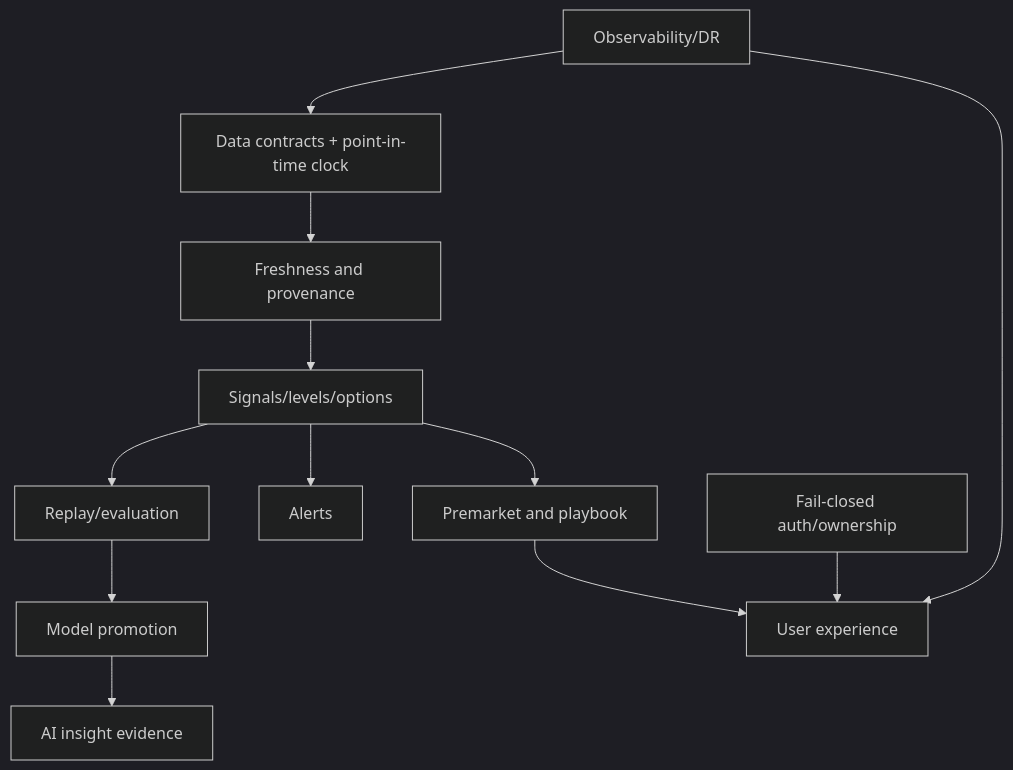
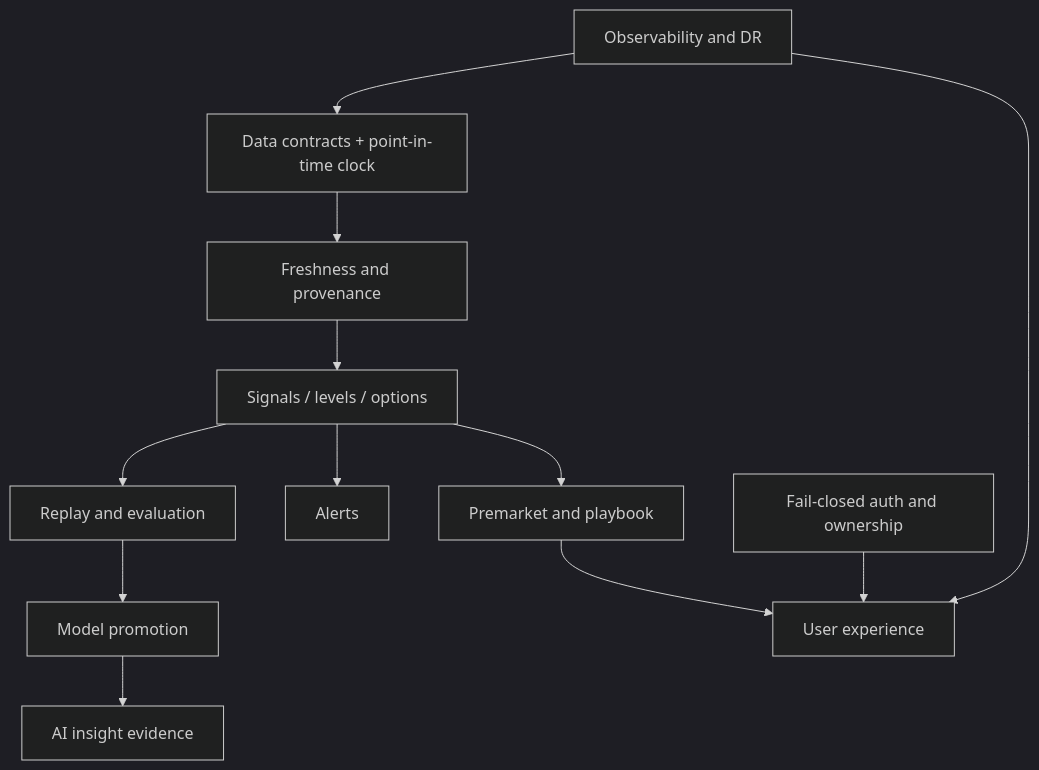
Before and after one commit to TeneikaAskew/stocks: the second of 2 diagrams in docs/product/00-PRODUCT-OVERVIEW.md, drawn with Mermaid (dark theme). The commit also changed other lines of this file and 16 other files, not shown here.

````diff
--- a/docs/product/00-PRODUCT-OVERVIEW.md
+++ b/docs/product/00-PRODUCT-OVERVIEW.md
@@ -59,14 +80,14 @@
 ```mermaid
 flowchart TD
  D[Data contracts + point-in-time clock] --> F[Freshness and provenance]
- F --> S[Signals/levels/options]
+ F --> S[Signals / levels / options]
  S --> P[Premarket and playbook]
  S --> A[Alerts]
- S --> R[Replay/evaluation]
+ S --> R[Replay and evaluation]
  R --> M[Model promotion]
  P --> UI[User experience]
  M --> AI[AI insight evidence]
- AUTH[Fail-closed auth/ownership] --> UI
- OPS[Observability/DR] --> D
+ AUTH[Fail-closed auth and ownership] --> UI
+ OPS[Observability and DR] --> D
  OPS --> UI
 ```
````
